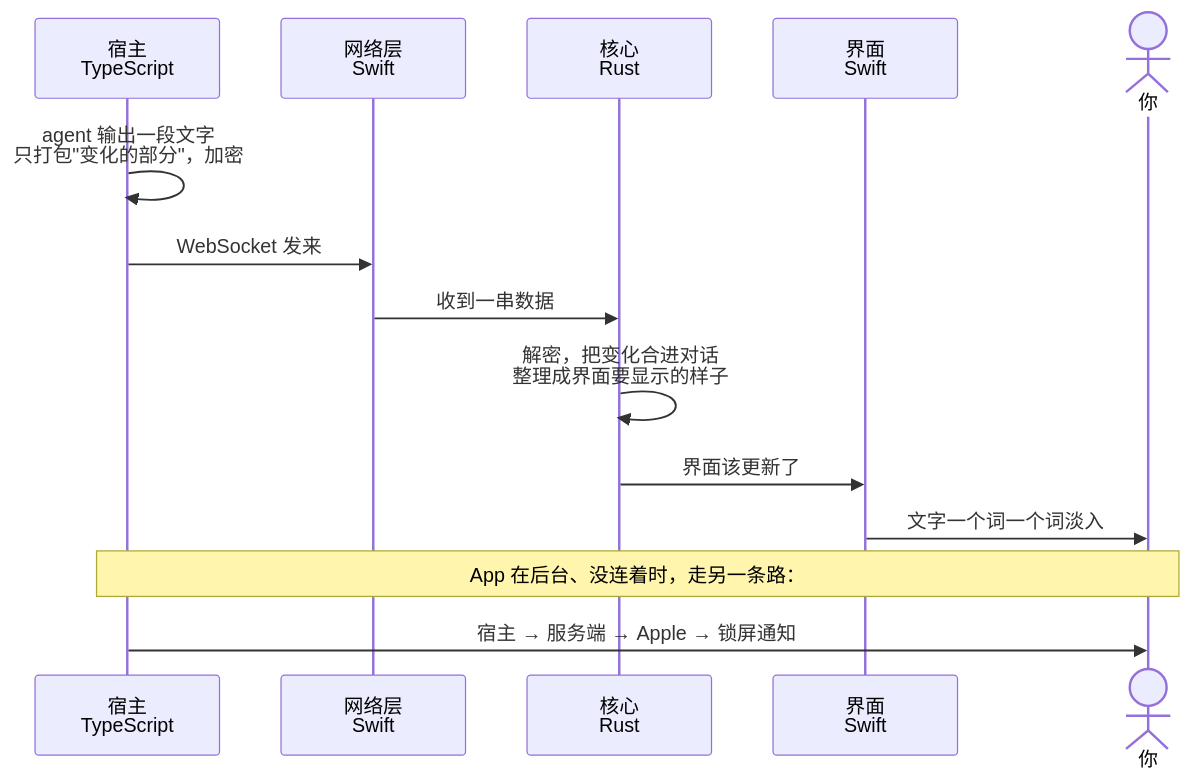
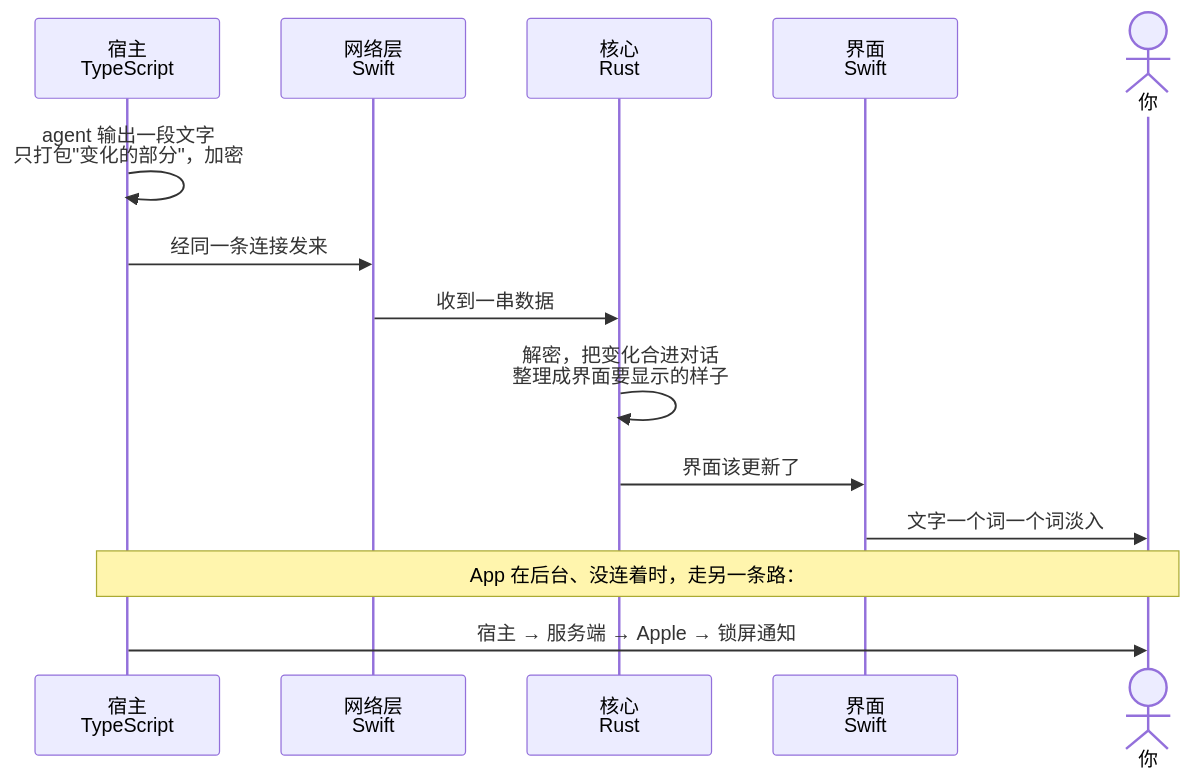
One commit to bubbleptr/pinomad changed the second of 2 diagrams in docs/architecture.md. Above: the diagram before and after it, drawn with Mermaid. The commit also changed other lines of this file and 4 other files, not shown here.

````diff
--- a/docs/architecture.md
+++ b/docs/architecture.md
@@ -43,18 +45,18 @@
 ```mermaid
 sequenceDiagram
     participant Host as 宿主<br/>TypeScript
     participant Net as 网络层<br/>Swift
     participant Core as 核心<br/>Rust
     participant UI as 界面<br/>Swift
     actor 你
 
     Host->>Host: agent 输出一段文字<br/>只打包"变化的部分"，加密
-    Host->>Net: WebSocket 发来
+    Host->>Net: 经同一条连接发来
     Net->>Core: 收到一串数据
     Core->>Core: 解密，把变化合进对话<br/>整理成界面要显示的样子
     Core->>UI: 界面该更新了
     UI->>你: 文字一个词一个词淡入
 
     Note over Host,你: App 在后台、没连着时，走另一条路：
     Host->>你: 宿主 → 服务端 → Apple → 锁屏通知
 ```
````
